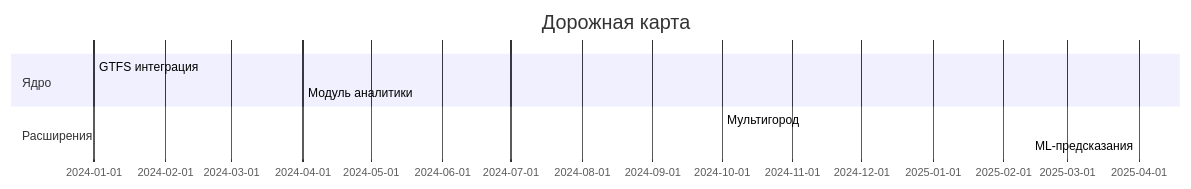
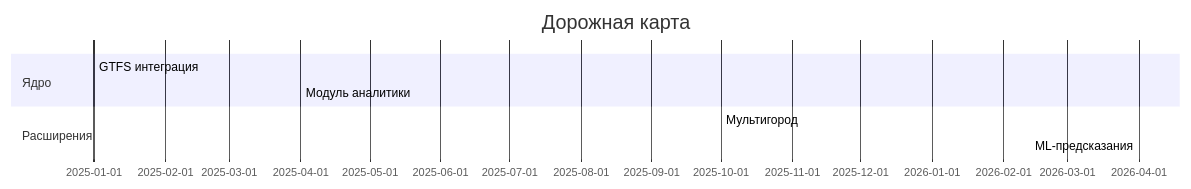
One commit to Yureeeeec/CitySim changed the third of 3 diagrams in docs/requirements/scope.md. Above: the diagram before and after it, drawn with Mermaid. The commit also changed other lines of this file, not shown here.

````diff
--- a/docs/requirements/scope.md
+++ b/docs/requirements/scope.md
@@ -101,11 +101,11 @@
 ```mermaid
 gantt
     title Дорожная карта
     dateFormat  YYYY-MM-DD
     section Ядро
-    GTFS интеграция      :done, 2024-01, 2024-03
-    Модуль аналитики     :active, 2024-04, 2024-09
+    GTFS интеграция      :done, 2025-01, 2025-03
+    Модуль аналитики     :active, 2025-04, 2025-09
     section Расширения
-    Мультигород          :2024-10, 2025-03
-    ML-предсказания      :2025-04, 2026-01
+    Мультигород          :2025-10, 2026-03
+    ML-предсказания      :2026-04, 2027-01
 ```
````
